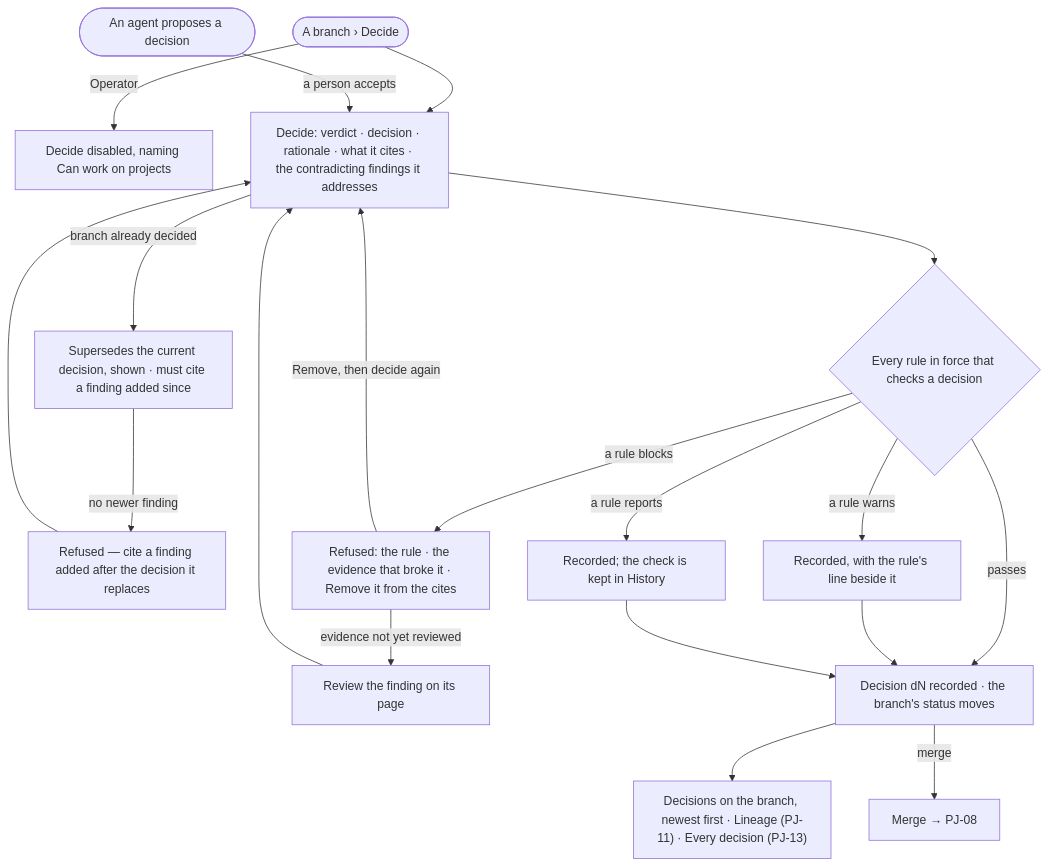
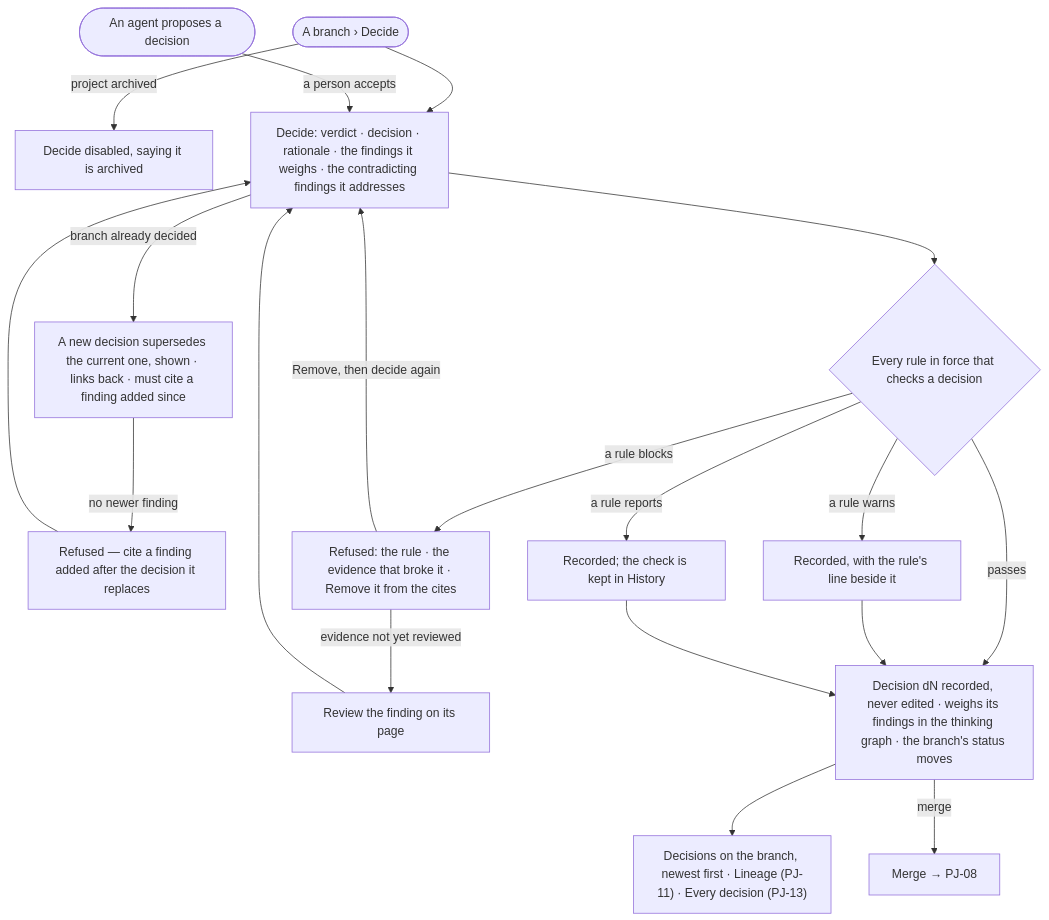
One commit to invana/invana changed the diagram in specs/capabilities/projects/features/PJ-F03-branches-findings-and-decisions/stories/PJ-07-record-a-verdict-and-a-decision-the-rules-check/story.md. Above: the diagram before and after it, drawn with Mermaid. The commit also changed other lines of this file and 522 other files, not shown here.

````diff
--- a/specs/capabilities/projects/features/PJ-F03-branches-findings-and-decisions/stories/PJ-07-record-a-verdict-and-a-decision-the-rules-check/story.md
+++ b/specs/capabilities/projects/features/PJ-F03-branches-findings-and-decisions/stories/PJ-07-record-a-verdict-and-a-decision-the-rules-check/story.md
@@ -27,19 +30,19 @@
 ```mermaid
 flowchart TD
-  b([A branch › Decide]) -->|Operator| na["Decide disabled, naming Can work on projects"]
-  b --> dlg["Decide: verdict · decision · rationale · what it cites · the contradicting findings it addresses"]
+  b([A branch › Decide]) -->|project archived| na["Decide disabled, saying it is archived"]
+  b --> dlg["Decide: verdict · decision · rationale · the findings it weighs · the contradicting findings it addresses"]
   prop([An agent proposes a decision]) -->|a person accepts| dlg
-  dlg -->|branch already decided| sup["Supersedes the current decision, shown · must cite a finding added since"]
+  dlg -->|branch already decided| sup["A new decision supersedes the current one, shown · links back · must cite a finding added since"]
   sup -->|no newer finding| ref1["Refused — cite a finding added after the decision it replaces"] --> dlg
   dlg --> chk{"Every rule in force that checks a decision"}
   chk -->|a rule blocks| ref["Refused: the rule · the evidence that broke it · Remove it from the cites"]
   ref -->|Remove, then decide again| dlg
   ref -->|evidence not yet reviewed| rv["Review the finding on its page"] --> dlg
   chk -->|a rule warns| warn["Recorded, with the rule's line beside it"]
   chk -->|a rule reports| rep["Recorded; the check is kept in History"]
-  chk -->|passes| ok["Decision dN recorded · the branch's status moves"]
+  chk -->|passes| ok["Decision dN recorded, never edited · weighs its findings in the thinking graph · the branch's status moves"]
   warn --> ok
   rep --> ok
   ok --> list["Decisions on the branch, newest first · Lineage (PJ-11) · Every decision (PJ-13)"]
   ok -->|merge| m["Merge → PJ-08"]
 ```
````
